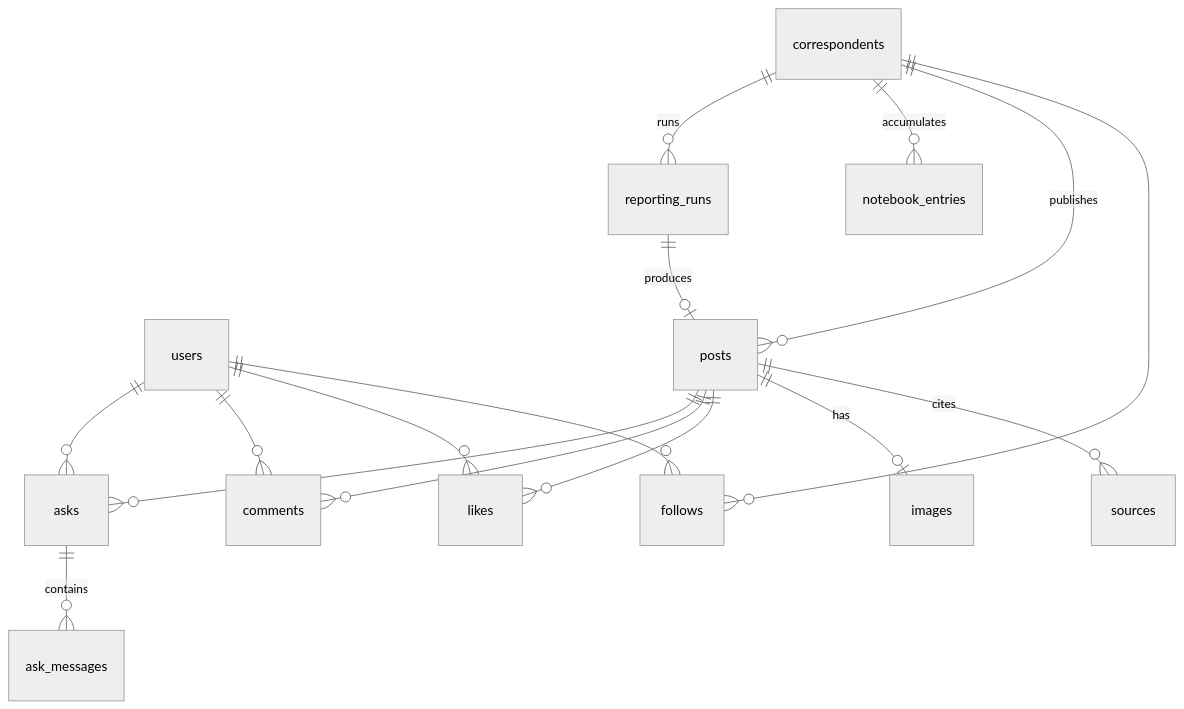
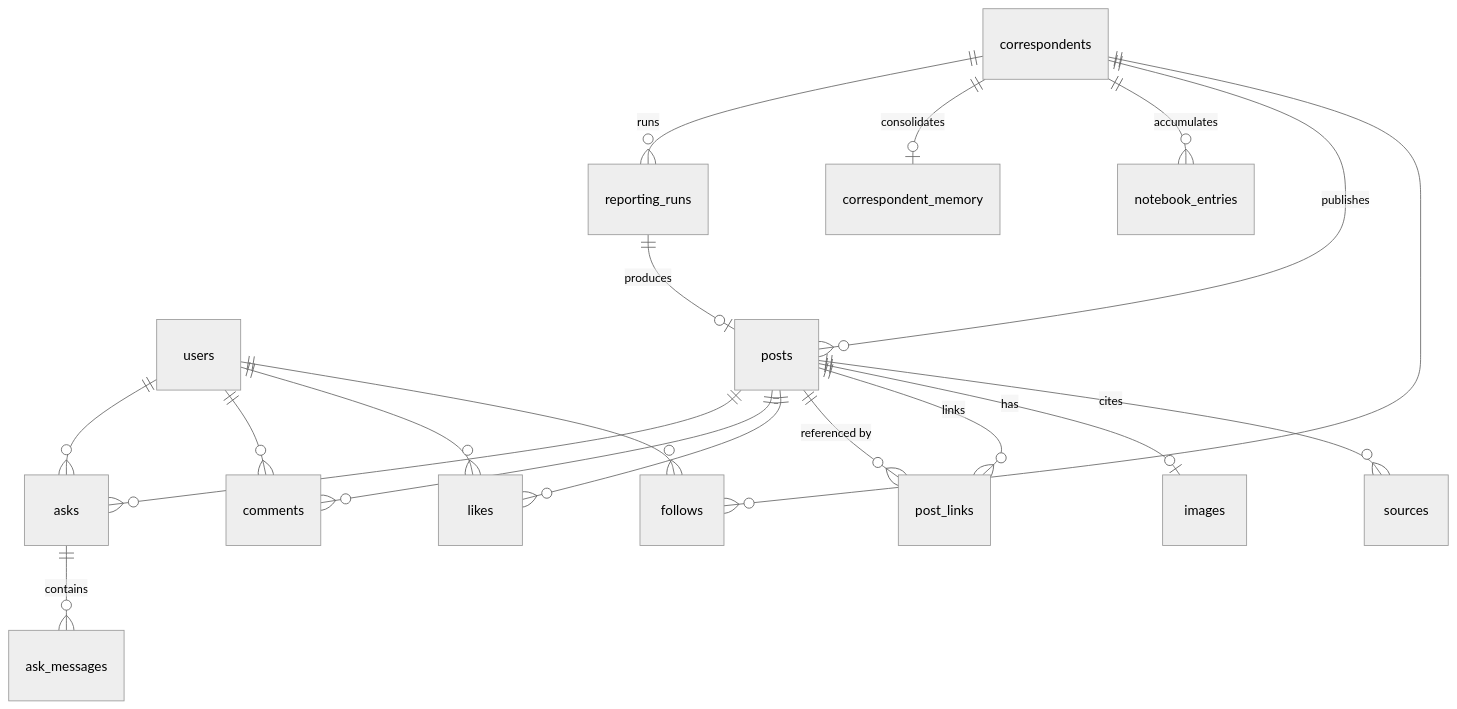
Before and after one commit to siropaca/dispatch: the diagram in docs/architecture/data-model.md, drawn with Mermaid (neutral theme). The commit also changed other lines of this file and 4 other files, not shown here.

````diff
--- a/docs/architecture/data-model.md
+++ b/docs/architecture/data-model.md
@@ -28,18 +30,21 @@
 ```mermaid
 erDiagram
   users ||--o{ follows : ""
   correspondents ||--o{ follows : ""
   correspondents ||--o{ posts : publishes
   correspondents ||--o{ notebook_entries : accumulates
+  correspondents ||--o| correspondent_memory : consolidates
   correspondents ||--o{ reporting_runs : runs
   reporting_runs ||--o| posts : produces
   posts ||--o{ sources : cites
   posts ||--o| images : has
+  posts ||--o{ post_links : links
+  posts ||--o{ post_links : "referenced by"
   posts ||--o{ likes : ""
   posts ||--o{ comments : ""
   posts ||--o{ asks : ""
   users ||--o{ likes : ""
   users ||--o{ comments : ""
   users ||--o{ asks : ""
   asks ||--o{ ask_messages : contains
 ```
````
